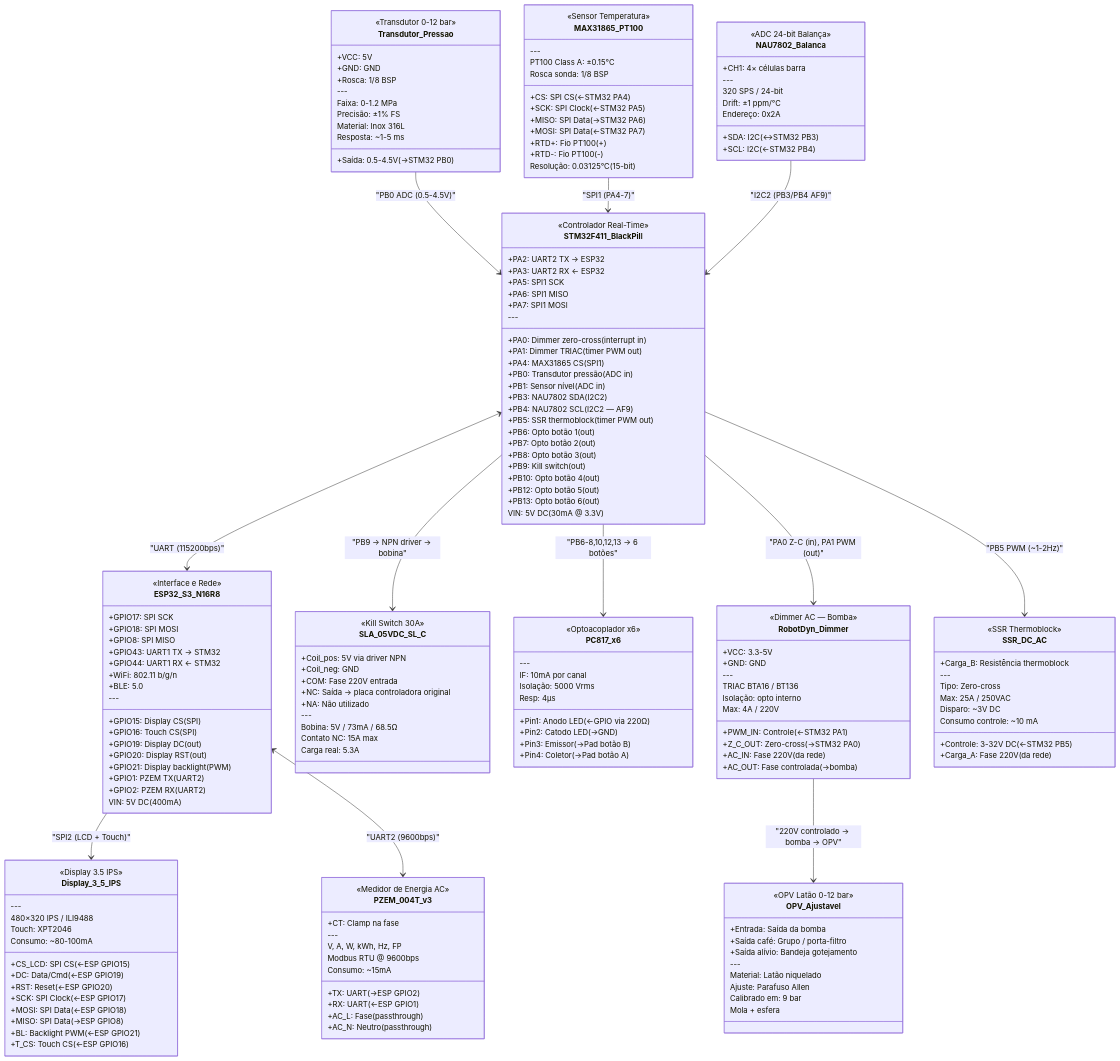
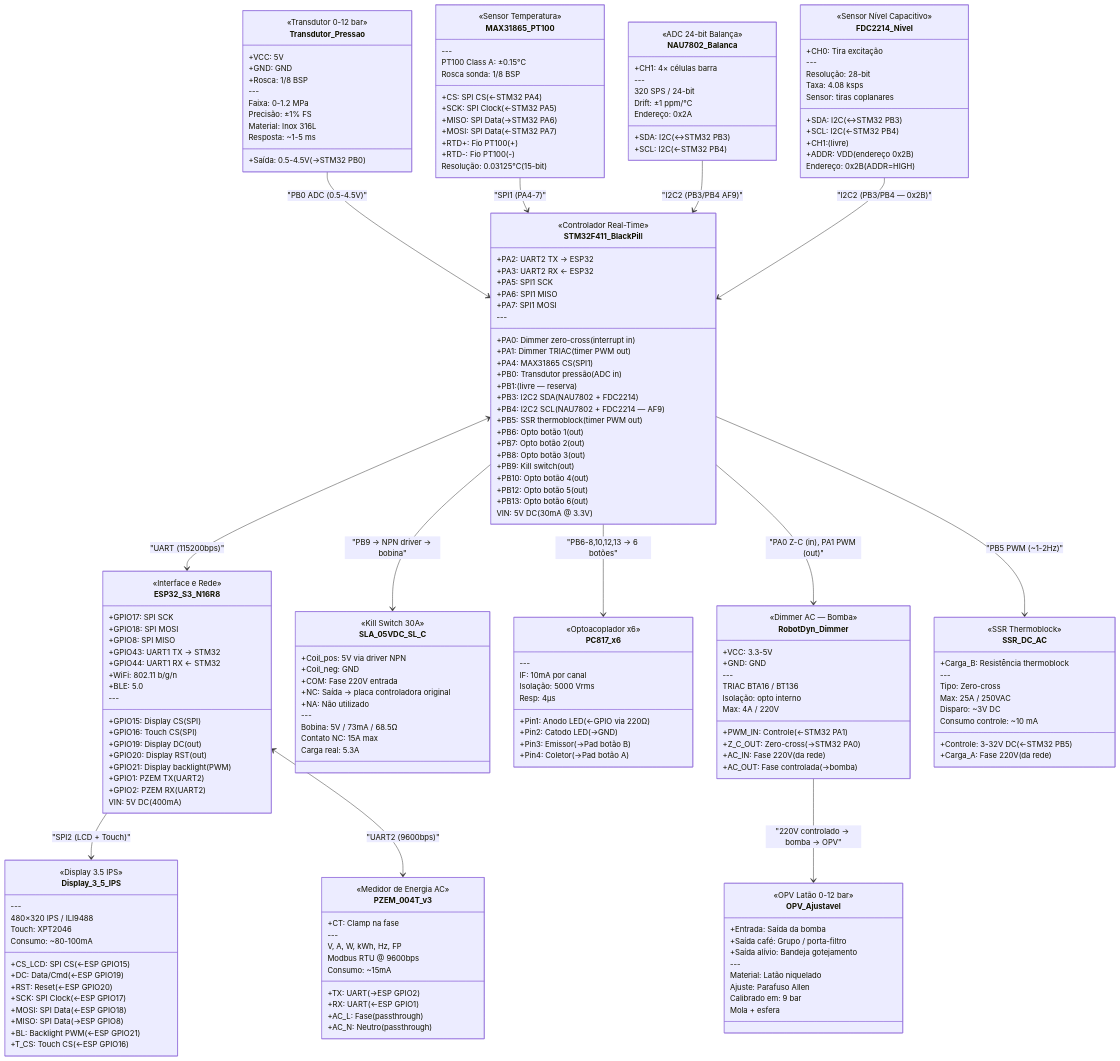
The first of 35 diagrams in docs/COMPONENTES.md (SamuelMoraesF/iot-oster-prima-latte2), drawn with Mermaid before and after one commit. The commit also changed other lines of this file, not shown here.

First line of the commit message:
Adiciona sensor de nível FDC2214 com tiras coplanares

````diff
--- a/docs/COMPONENTES.md
+++ b/docs/COMPONENTES.md
@@ -17,9 +17,9 @@
         +PA6: SPI1 MISO
         +PA7: SPI1 MOSI
         +PB0: Transdutor pressão (ADC in)
-        +PB1: Sensor nível (ADC in)
-        +PB3: NAU7802 SDA (I2C2)
-        +PB4: NAU7802 SCL (I2C2 — AF9)
+        +PB1: (livre — reserva)
+        +PB3: I2C2 SDA (NAU7802 + FDC2214)
+        +PB4: I2C2 SCL (NAU7802 + FDC2214 — AF9)
         +PB5: SSR thermoblock (timer PWM out)
         +PB6: Opto botão 1 (out)
         +PB7: Opto botão 2 (out)
@@ -186,12 +186,27 @@
         Endereço: 0x2A
     }
 
+    class FDC2214_Nivel {
+        <<Sensor Nível Capacitivo>>
+        +SDA: I2C (↔STM32 PB3)
+        +SCL: I2C (←STM32 PB4)
+        +CH0: Tira excitação
+        +CH1: (livre)
+        +ADDR: VDD (endereço 0x2B)
+        ---
+        Resolução: 28-bit
+        Taxa: 4.08 ksps
+        Endereço: 0x2B (ADDR=HIGH)
+        Sensor: tiras coplanares
+    }
+
     STM32F411_BlackPill --> RobotDyn_Dimmer : "PA0 Z-C (in), PA1 PWM (out)"
     RobotDyn_Dimmer --> OPV_Ajustavel : "220V controlado → bomba → OPV"
     Transdutor_Pressao --> STM32F411_BlackPill : "PB0 ADC (0.5-4.5V)"
     STM32F411_BlackPill --> SSR_DC_AC : "PB5 PWM (~1-2Hz)"
     MAX31865_PT100 --> STM32F411_BlackPill : "SPI1 (PA4-7)"
     NAU7802_Balanca --> STM32F411_BlackPill : "I2C2 (PB3/PB4 AF9)"
+    FDC2214_Nivel --> STM32F411_BlackPill : "I2C2 (PB3/PB4 — 0x2B)"
     STM32F411_BlackPill --> SLA_05VDC_SL_C : "PB9 → NPN driver → bobina"
     STM32F411_BlackPill --> PC817_x6 : "PB6-8,10,12,13 → 6 botões"
 ```
````
